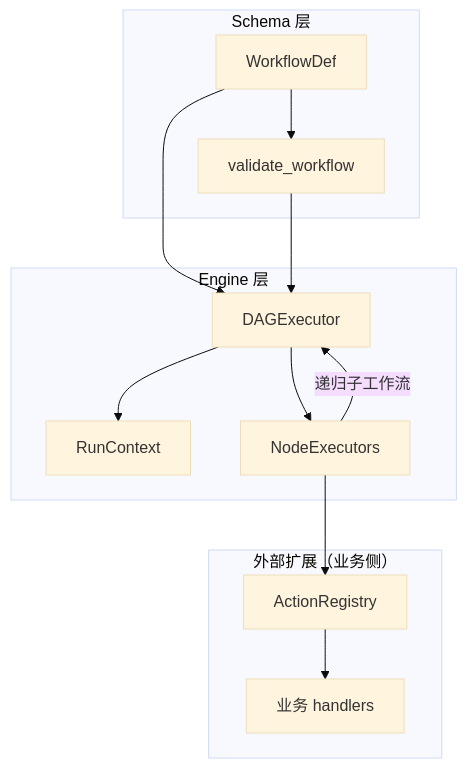
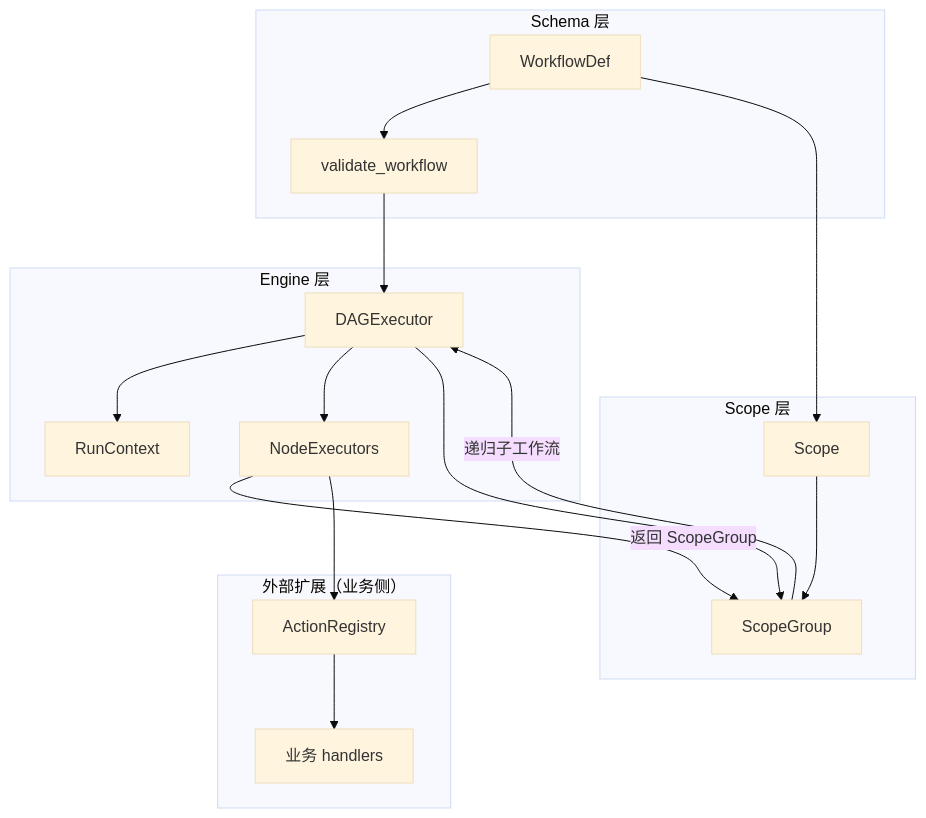
Before and after one commit to jianjian2048/okflow: the first of 7 diagrams in document/dag-engine-design.md, drawn with Mermaid (base theme). The commit also changed other lines of this file and 2 other files, not shown here.

First line of the commit message:
引入 Scope/ScopeGroup 架构设计，重构控制流节点机制

````diff
--- a/document/dag-engine-design.md
+++ b/document/dag-engine-design.md
@@ -40,27 +42,35 @@
 ```mermaid
 graph TD
     subgraph schema ["Schema 层"]
         WF[WorkflowDef]
         VAL[validate_workflow]
         WF --> VAL
     end
 
+    subgraph scope_layer ["Scope 层"]
+        SC[Scope]
+        SG[ScopeGroup]
+        SC --> SG
+    end
+
     subgraph engine ["Engine 层"]
         EXEC[DAGExecutor]
         CTX[RunContext]
         EXS[NodeExecutors]
         EXEC --> CTX
         EXEC --> EXS
+        EXEC --> SG
     end
 
     subgraph ext ["外部扩展（业务侧）"]
         REG[ActionRegistry]
         H[业务 handlers]
         REG --> H
     end
 
-    WF --> EXEC
+    WF --> SC
     VAL --> EXEC
+    EXS -- "返回 ScopeGroup" --> SG
+    SG -- "递归子工作流" --> EXEC
     EXS --> REG
-    EXS -- "递归子工作流" --> EXEC
 ```
````
